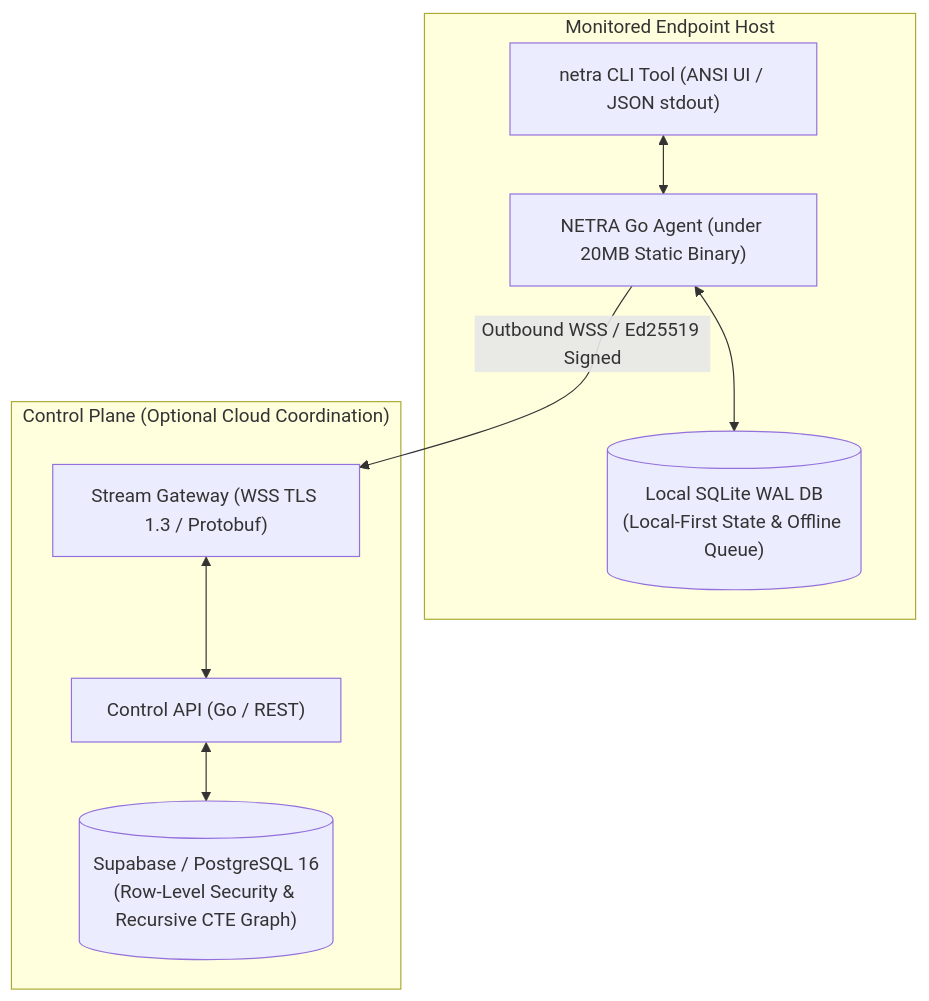
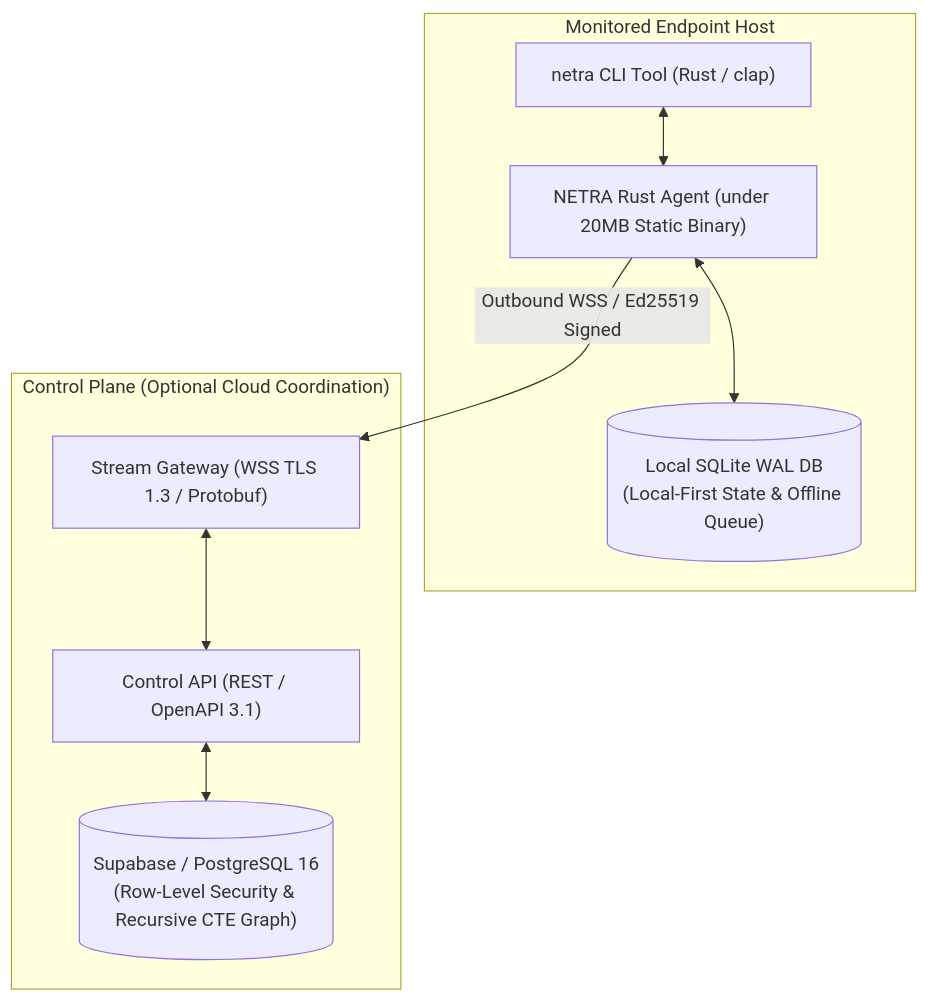
Before and after one commit to Subhadip-Paul2006/NETRA-Backend: the first of 2 diagrams in README.md, drawn with Mermaid. The commit also changed other lines of this file and 13 other files, not shown here.

Commit message:
docs: finalize Rust-first systems architecture lock across all 16 specifications

````diff
--- a/README.md
+++ b/README.md
@@ -41,22 +46,22 @@
 ```mermaid
 flowchart TD
     subgraph Host["Monitored Endpoint Host"]
-        Agent["NETRA Go Agent (under 20MB Static Binary)"]
+        Agent["NETRA Rust Agent (under 20MB Static Binary)"]
         SQLite[("Local SQLite WAL DB<br/>(Local-First State & Offline Queue)")]
-        CLI["netra CLI Tool (ANSI UI / JSON stdout)"]
+        CLI["netra CLI Tool (Rust / clap)"]
         
         Agent <--> SQLite
         CLI <--> Agent
     end
 
     subgraph ControlPlane["Control Plane (Optional Cloud Coordination)"]
         Gateway["Stream Gateway (WSS TLS 1.3 / Protobuf)"]
-        ControlAPI["Control API (Go / REST)"]
+        ControlAPI["Control API (REST / OpenAPI 3.1)"]
         Postgres[("Supabase / PostgreSQL 16<br/>(Row-Level Security & Recursive CTE Graph)")]
         
         Gateway <--> ControlAPI
         ControlAPI <--> Postgres
     end
 
     Agent -->|Outbound WSS / Ed25519 Signed| Gateway
 ```
````
